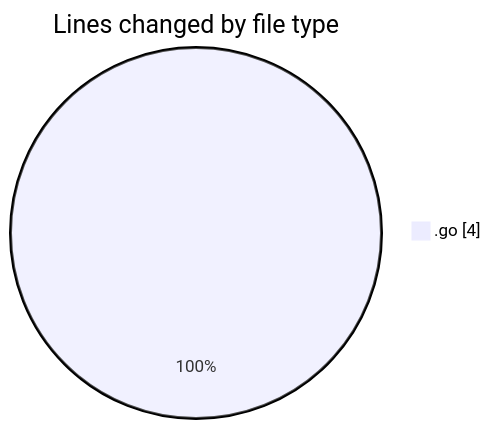
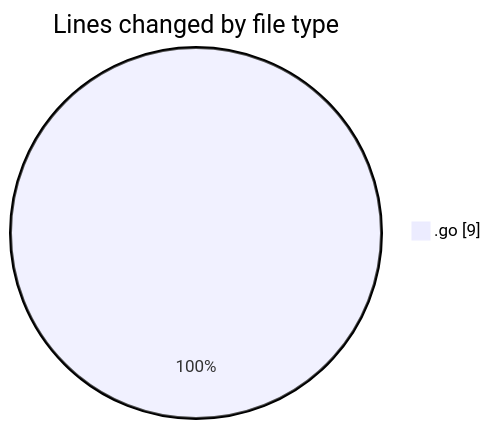
Before and after one commit to BS-eng2023/code-tracking: the first of 2 diagrams in 2025-05-01/go/README.md, drawn with Mermaid. The commit also changed other lines of this file and 1 other file, not shown here.

````diff
--- a/2025-05-01/go/README.md
+++ b/2025-05-01/go/README.md
@@ -20,5 +21,5 @@
 ```mermaid
 pie showData
 title Lines changed by file type
-".go" : 4
+".go" : 9
 ```
````
